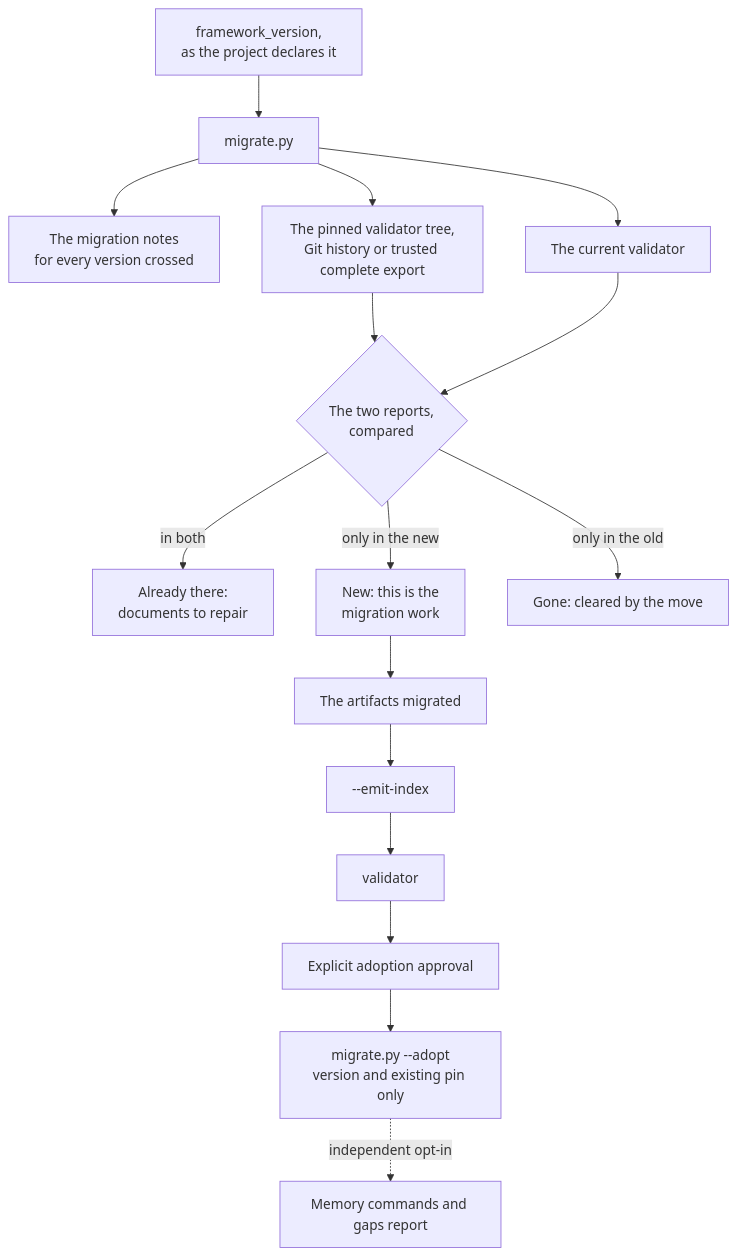
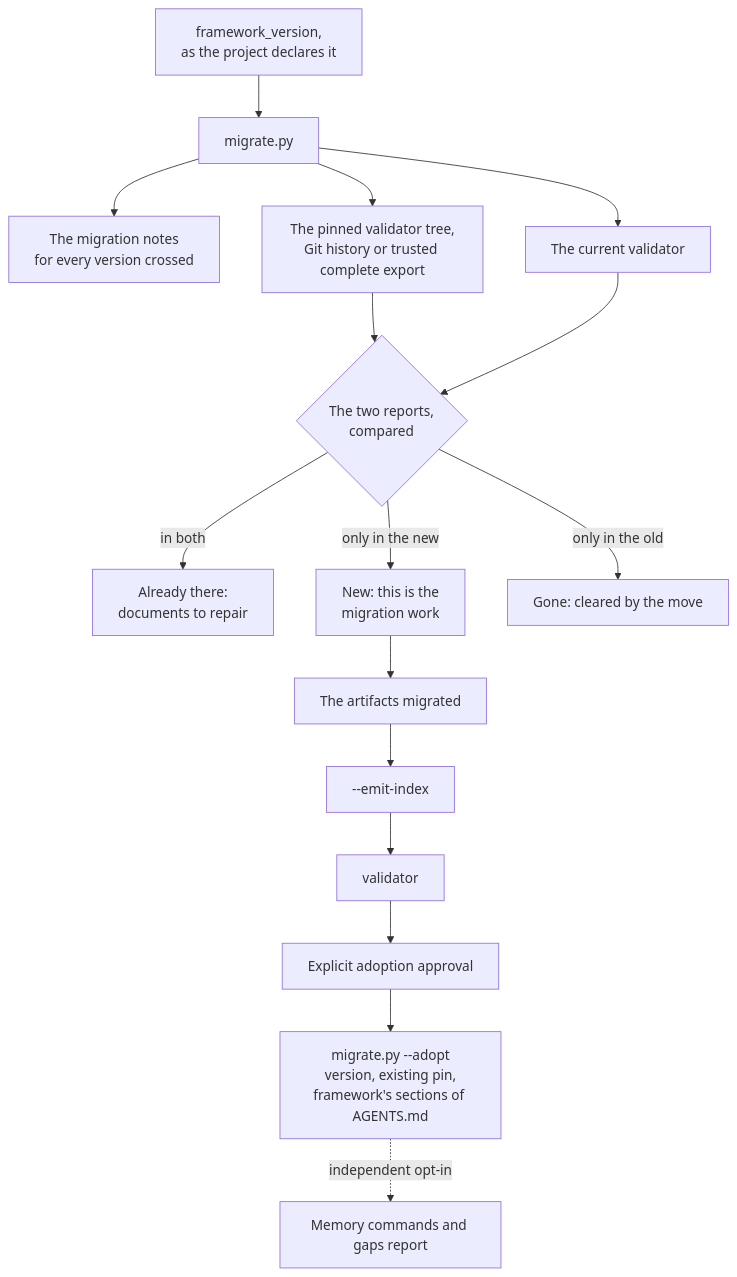
Diagram 15 of 25 in PROCESSES.md (gqkd/framework-data-ai), drawn with Mermaid before and after one commit. The commit also changed other lines of this file and 11 other files, not shown here.

````diff
--- a/PROCESSES.md
+++ b/PROCESSES.md
@@ -768,18 +768,18 @@
 ```mermaid
 flowchart TB
   dec["framework_version,<br/>as the project declares it"] --> mig["migrate.py"]
   mig --> notes["The migration notes<br/>for every version crossed"]
   mig --> old["The pinned validator tree,<br/>Git history or trusted complete export"]
   mig --> new["The current validator"]
   old --> split{"The two reports,<br/>compared"}
   new --> split
   split -->|"in both"| pre["Already there:<br/>documents to repair"]
   split -->|"only in the new"| work["New: this is the<br/>migration work"]
   split -->|"only in the old"| gone["Gone: cleared by the move"]
   work --> art["The artifacts migrated"]
   art --> idx["--emit-index"]
   idx --> val["validator"]
   val --> approval["Explicit adoption approval"]
-  approval --> adopt["migrate.py --adopt<br/>version and existing pin only"]
+  approval --> adopt["migrate.py --adopt<br/>version, existing pin,<br/>framework's sections of AGENTS.md"]
   adopt -. "independent opt-in" .-> memory["Memory commands and gaps report"]
 ```
````
